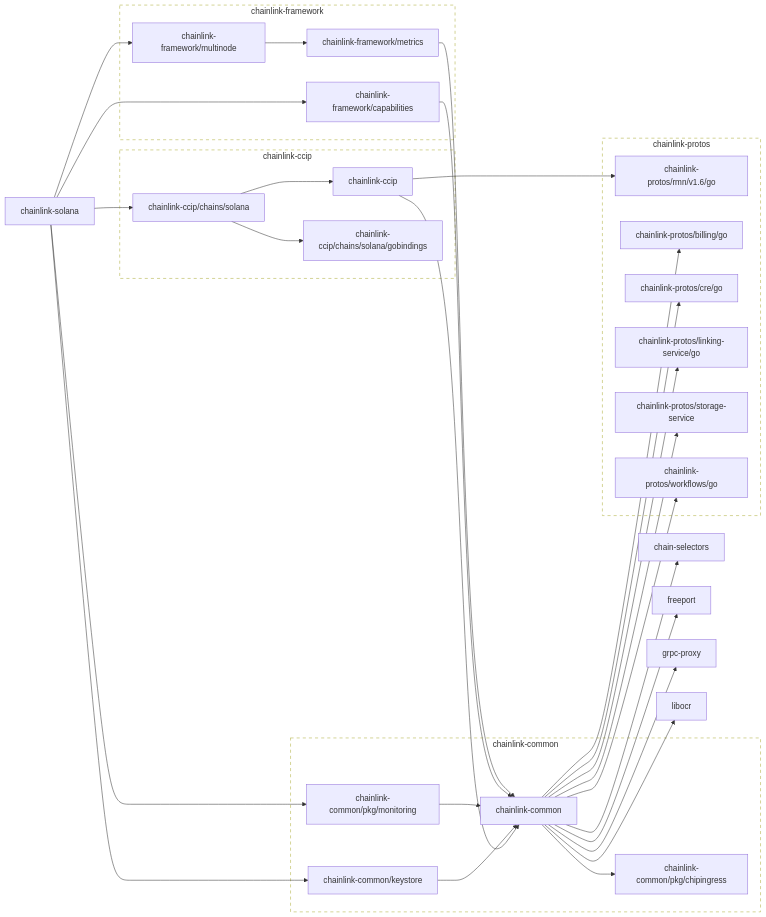
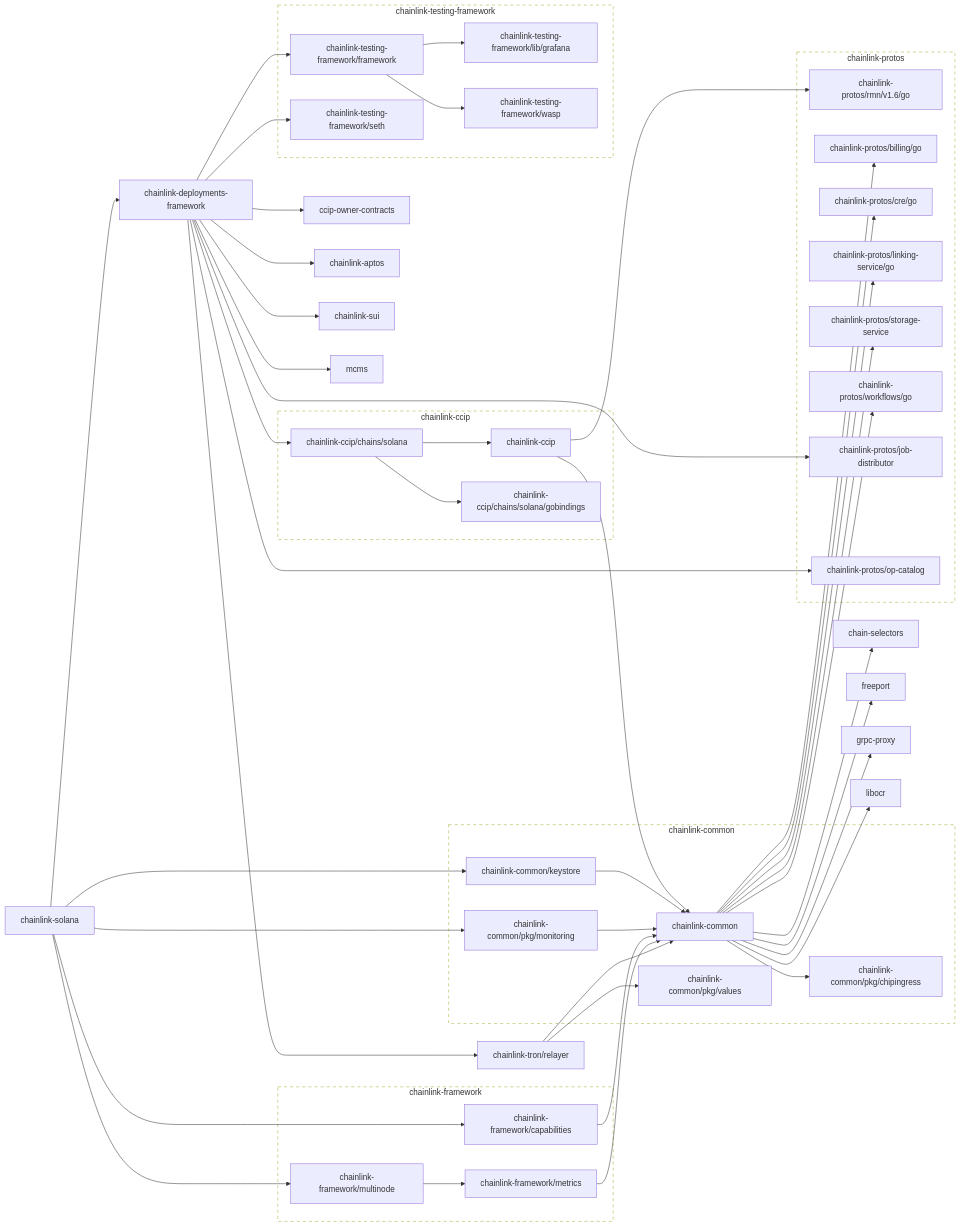
Before and after one commit to smartcontractkit/chainlink-solana: the first of 2 diagrams in go.md, drawn with Mermaid. The commit also changed other lines of this file and 4 other files, not shown here.

````diff
--- a/go.md
+++ b/go.md
@@ -3,8 +3,12 @@
 ```mermaid
 flowchart LR
 
+	ccip-owner-contracts
+	click ccip-owner-contracts href "https://github.com/smartcontractkit/ccip-owner-contracts"
 	chain-selectors
 	click chain-selectors href "https://github.com/smartcontractkit/chain-selectors"
+	chainlink-aptos
+	click chainlink-aptos href "https://github.com/smartcontractkit/chainlink-aptos"
 	chainlink-ccip --> chainlink-common
 	chainlink-ccip --> chainlink-protos/rmn/v1.6/go
 	click chainlink-ccip href "https://github.com/smartcontractkit/chainlink-ccip"
@@ -30,6 +34,19 @@
 	click chainlink-common/pkg/chipingress href "https://github.com/smartcontractkit/chainlink-common"
 	chainlink-common/pkg/monitoring --> chainlink-common
 	click chainlink-common/pkg/monitoring href "https://github.com/smartcontractkit/chainlink-common"
+	chainlink-common/pkg/values
+	click chainlink-common/pkg/values href "https://github.com/smartcontractkit/chainlink-common"
+	chainlink-deployments-framework --> ccip-owner-contracts
+	chainlink-deployments-framework --> chainlink-aptos
+	chainlink-deployments-framework --> chainlink-ccip/chains/solana
+	chainlink-deployments-framework --> chainlink-protos/job-distributor
+	chainlink-deployments-framework --> chainlink-protos/op-catalog
+	chainlink-deployments-framework --> chainlink-sui
+	chainlink-deployments-framework --> chainlink-testing-framework/framework
+	chainlink-deployments-framework --> chainlink-testing-framework/seth
+	chainlink-deployments-framework --> chainlink-tron/relayer
+	chainlink-deployments-framework --> mcms
+	click chainlink-deployments-framework href "https://github.com/smartcontractkit/chainlink-deployments-framework"
 	chainlink-framework/capabilities --> chainlink-common
 	click chainlink-framework/capabilities href "https://github.com/smartcontractkit/chainlink-framework"
 	chainlink-framework/metrics --> chainlink-common
@@ -40,26 +57,46 @@
 	click chainlink-protos/billing/go href "https://github.com/smartcontractkit/chainlink-protos"
 	chainlink-protos/cre/go
 	click chainlink-protos/cre/go href "https://github.com/smartcontractkit/chainlink-protos"
+	chainlink-protos/job-distributor
+	click chainlink-protos/job-distributor href "https://github.com/smartcontractkit/chainlink-protos"
 	chainlink-protos/linking-service/go
 	click chainlink-protos/linking-service/go href "https://github.com/smartcontractkit/chainlink-protos"
+	chainlink-protos/op-catalog
+	click chainlink-protos/op-catalog href "https://github.com/smartcontractkit/chainlink-protos"
 	chainlink-protos/rmn/v1.6/go
 	click chainlink-protos/rmn/v1.6/go href "https://github.com/smartcontractkit/chainlink-protos"
 	chainlink-protos/storage-service
 	click chainlink-protos/storage-service href "https://github.com/smartcontractkit/chainlink-protos"
 	chainlink-protos/workflows/go
 	click chainlink-protos/workflows/go href "https://github.com/smartcontractkit/chainlink-protos"
-	chainlink-solana --> chainlink-ccip/chains/solana
 	chainlink-solana --> chainlink-common/keystore
 	chainlink-solana --> chainlink-common/pkg/monitoring
+	chainlink-solana --> chainlink-deployments-framework
 	chainlink-solana --> chainlink-framework/capabilities
 	chainlink-solana --> chainlink-framework/multinode
 	click chainlink-solana href "https://github.com/smartcontractkit/chainlink-solana"
+	chainlink-sui
+	click chainlink-sui href "https://github.com/smartcontractkit/chainlink-sui"
+	chainlink-testing-framework/framework --> chainlink-testing-framework/lib/grafana
+	chainlink-testing-framework/framework --> chainlink-testing-framework/wasp
+	click chainlink-testing-framework/framework href "https://github.com/smartcontractkit/chainlink-testing-framework"
+	chainlink-testing-framework/lib/grafana
+	click chainlink-testing-framework/lib/grafana href "https://github.com/smartcontractkit/chainlink-testing-framework"
+	chainlink-testing-framework/seth
+	click chainlink-testing-framework/seth href "https://github.com/smartcontractkit/chainlink-testing-framework"
+	chainlink-testing-framework/wasp
+	click chainlink-testing-framework/wasp href "https://github.com/smartcontractkit/chainlink-testing-framework"
+	chainlink-tron/relayer --> chainlink-common
+	chainlink-tron/relayer --> chainlink-common/pkg/values
+	click chainlink-tron/relayer href "https://github.com/smartcontractkit/chainlink-tron"
 	freeport
 	click freeport href "https://github.com/smartcontractkit/freeport"
 	grpc-proxy
 	click grpc-proxy href "https://github.com/smartcontractkit/grpc-proxy"
 	libocr
 	click libocr href "https://github.com/smartcontractkit/libocr"
+	mcms
+	click mcms href "https://github.com/smartcontractkit/mcms"
 
 	subgraph chainlink-ccip-repo[chainlink-ccip]
 		 chainlink-ccip
@@ -73,6 +110,7 @@
 		 chainlink-common/keystore
 		 chainlink-common/pkg/chipingress
 		 chainlink-common/pkg/monitoring
+		 chainlink-common/pkg/values
 	end
 	click chainlink-common-repo href "https://github.com/smartcontractkit/chainlink-common"
 
@@ -86,13 +124,23 @@
 	subgraph chainlink-protos-repo[chainlink-protos]
 		 chainlink-protos/billing/go
 		 chainlink-protos/cre/go
+		 chainlink-protos/job-distributor
 		 chainlink-protos/linking-service/go
+		 chainlink-protos/op-catalog
 		 chainlink-protos/rmn/v1.6/go
 		 chainlink-protos/storage-service
 		 chainlink-protos/workflows/go
 	end
 	click chainlink-protos-repo href "https://github.com/smartcontractkit/chainlink-protos"
 
+	subgraph chainlink-testing-framework-repo[chainlink-testing-framework]
+		 chainlink-testing-framework/framework
+		 chainlink-testing-framework/lib/grafana
+		 chainlink-testing-framework/seth
+		 chainlink-testing-framework/wasp
+	end
+	click chainlink-testing-framework-repo href "https://github.com/smartcontractkit/chainlink-testing-framework"
+
 	classDef outline stroke-dasharray:6,fill:none;
-	class chainlink-ccip-repo,chainlink-common-repo,chainlink-framework-repo,chainlink-protos-repo outline
+	class chainlink-ccip-repo,chainlink-common-repo,chainlink-framework-repo,chainlink-protos-repo,chainlink-testing-framework-repo outline
 ```
````
